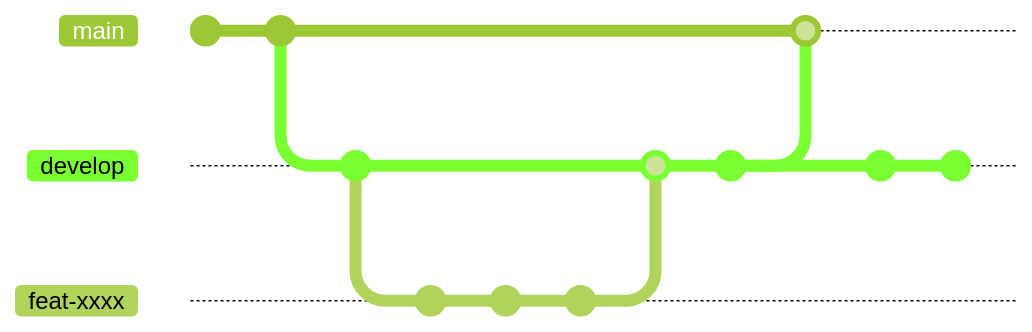
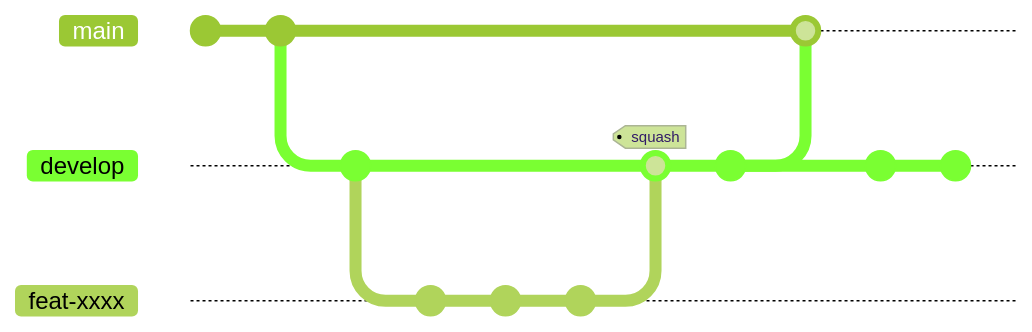
One commit to MJU-TeamProject2/MJU-Rule changed the diagram in git/README.md. Above: the diagram before and after it, drawn with Mermaid (forest theme). Commit ids are hidden.

````diff
--- a/git/README.md
+++ b/git/README.md
@@ -3,24 +3,24 @@
 ```mermaid
 %%{init: { 'logLevel': 'debug', 'gitGraph': {'showBranches': true,'showCommitLabel': false}} }%%
 
 gitGraph
     commit
     commit
     branch develop
     checkout develop
     commit
     branch feat-xxxx
     checkout feat-xxxx
     commit
     commit
     commit
     checkout develop
-    merge feat-xxxx
+    merge feat-xxxx tag:"squash"
     commit
     checkout main
     merge develop
     checkout develop
     commit
     commit
 
 ```
````
